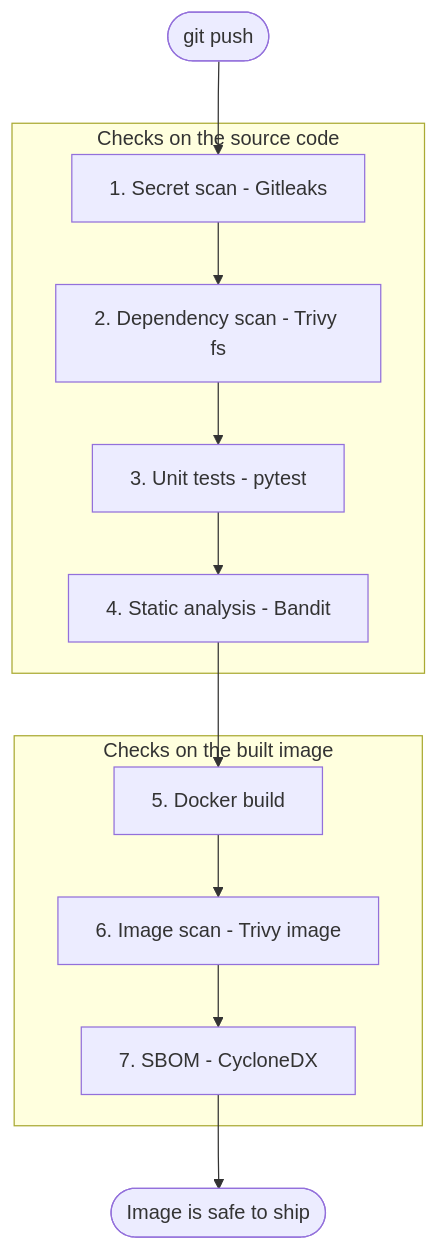
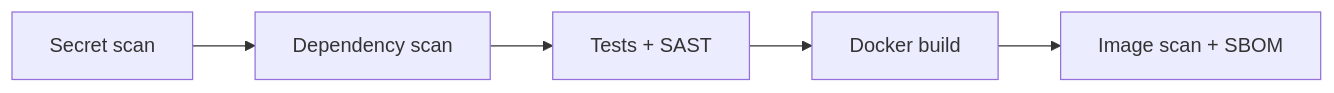
The diagram in README.md (masonmerrillusu/devsecops-demo), drawn with Mermaid before and after one commit. The commit also changed other lines of this file, not shown here.

Commit message:
clean up flowchart and formatting
Updated the flowchart format

````diff
--- a/README.md
+++ b/README.md
@@ -33,15 +33,4 @@
 ```mermaid
-flowchart TD
-    push([git push]) --> s1
-    subgraph source [Checks on the source code]
-        s1[1. Secret scan - Gitleaks] --> s2[2. Dependency scan - Trivy fs]
-        s2 --> s3[3. Unit tests - pytest]
-        s3 --> s4[4. Static analysis - Bandit]
-    end
-    s4 --> s5
-    subgraph artifact [Checks on the built image]
-        s5[5. Docker build] --> s6[6. Image scan - Trivy image]
-        s6 --> s7[7. SBOM - CycloneDX]
-    end
-    s7 --> done([Image is safe to ship])
+flowchart LR
+    A[Secret scan] --> B[Dependency scan] --> C[Tests + SAST] --> D[Docker build] --> E[Image scan + SBOM]
 ```
````
